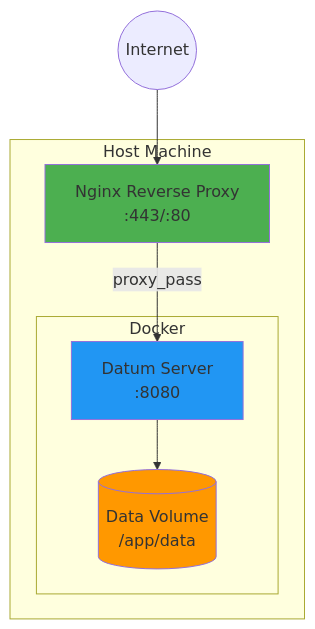
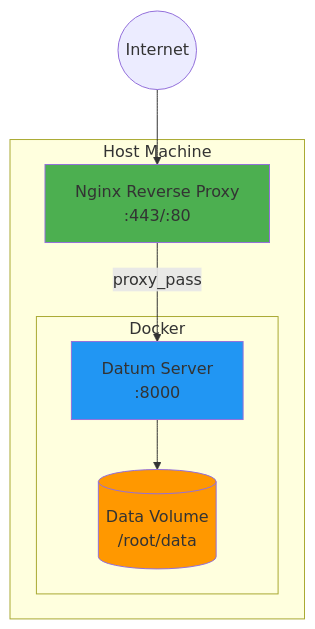
Before and after one commit to tevfik/datum-server: the eighth of 15 diagrams in docs/diagrams/ARCHITECTURE.md, drawn with Mermaid. The commit also changed other lines of this file and 61 other files, not shown here.

````diff
--- a/docs/diagrams/ARCHITECTURE.md
+++ b/docs/diagrams/ARCHITECTURE.md
@@ -207,19 +237,19 @@
 ```mermaid
 graph TB
     subgraph "Host Machine"
         subgraph "Docker"
-            SERVER[Datum Server<br/>:8080]
-            DATA[(Data Volume<br/>/app/data)]
+            SERVER[Datum Server<br/>:8000]
+            DATA[(Data Volume<br/>/root/data)]
         end
         
         NGINX[Nginx Reverse Proxy<br/>:443/:80]
     end
     
     INTERNET((Internet)) --> NGINX
     NGINX -->|proxy_pass| SERVER
     SERVER --> DATA
     
     style SERVER fill:#2196F3
     style NGINX fill:#4CAF50
     style DATA fill:#FF9800
 ```
````
